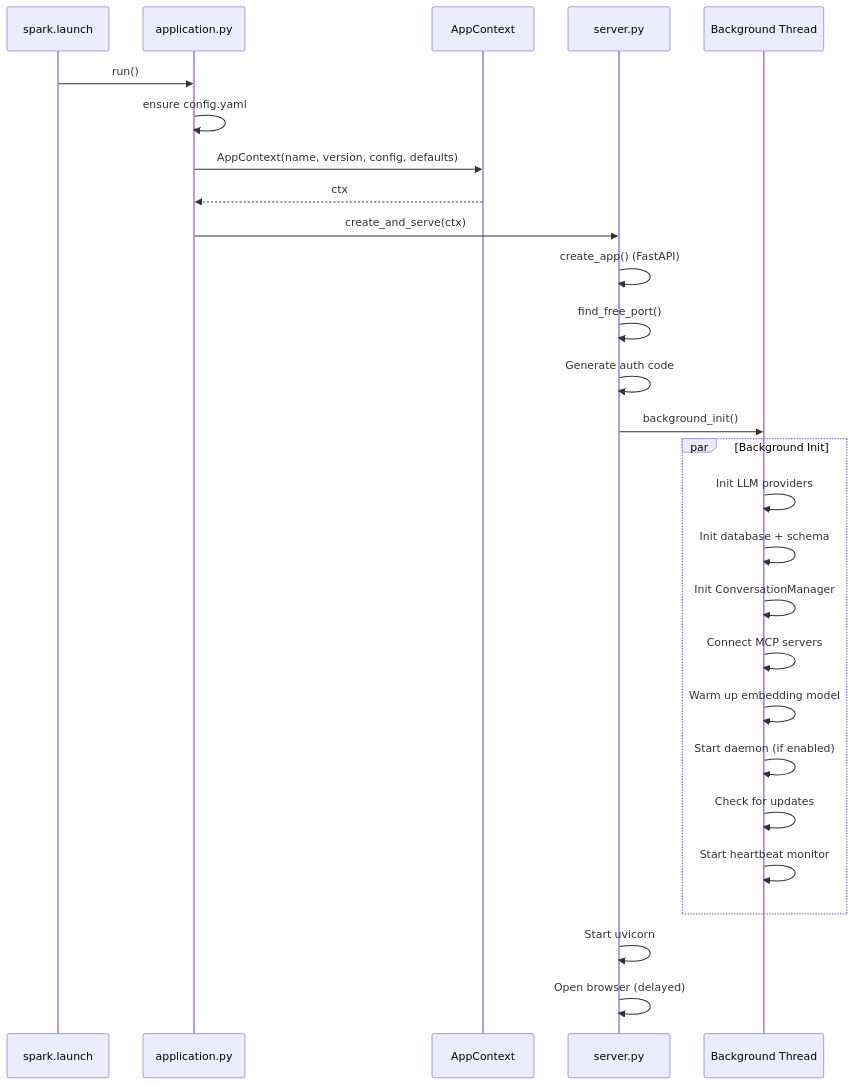
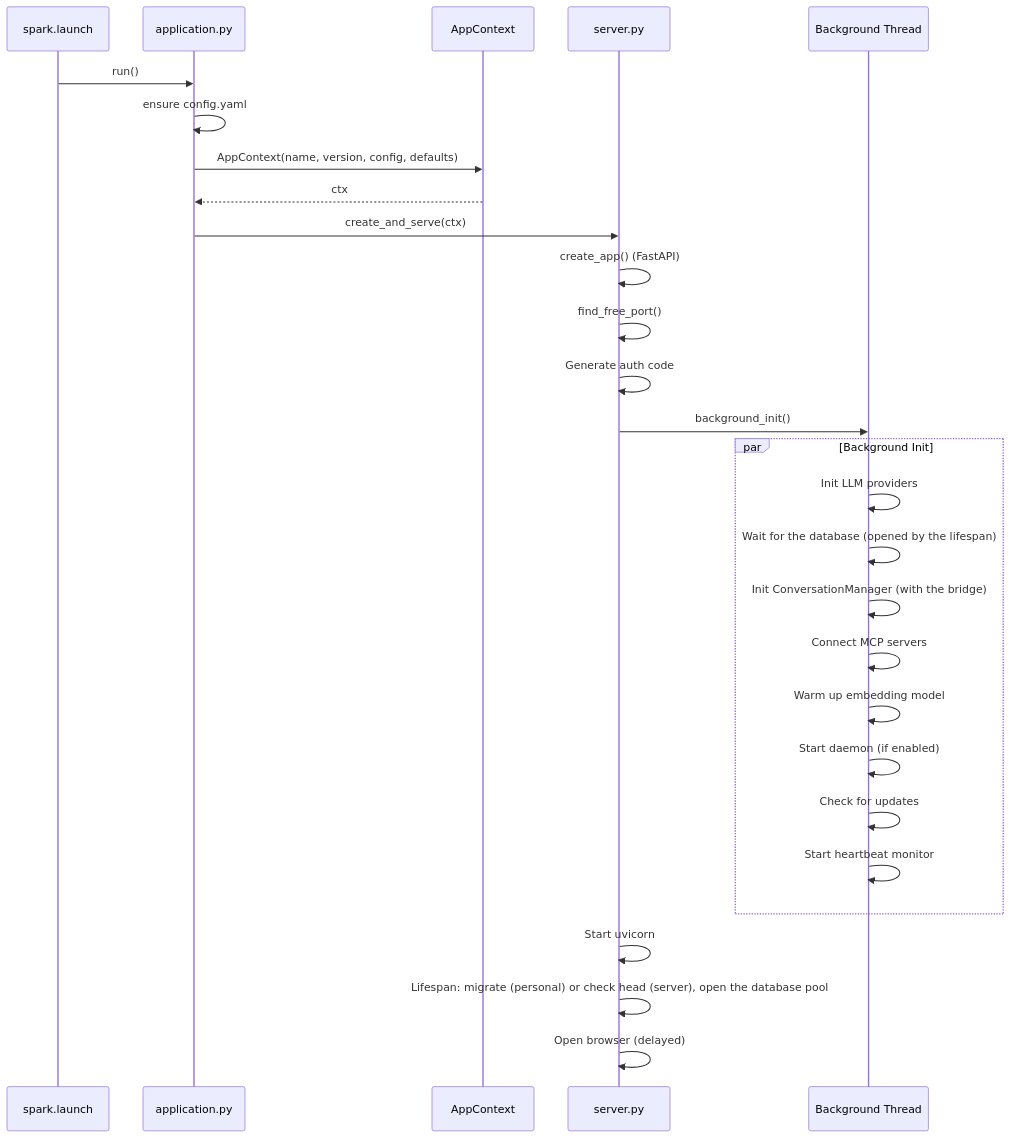
One commit to Cognisn/spark changed the third of 5 diagrams in docs/architecture.md. Above: the diagram before and after it, drawn with Mermaid. The commit also changed other lines of this file and 5 other files, not shown here.

````diff
--- a/docs/architecture.md
+++ b/docs/architecture.md
@@ -234,32 +234,33 @@
 ```mermaid
 sequenceDiagram
     participant Entry as spark.launch
     participant App as application.py
     participant Konfig as AppContext
     participant Server as server.py
     participant BG as Background Thread
 
     Entry->>App: run()
     App->>App: ensure config.yaml
     App->>Konfig: AppContext(name, version, config, defaults)
     Konfig-->>App: ctx
     App->>Server: create_and_serve(ctx)
     Server->>Server: create_app() (FastAPI)
     Server->>Server: find_free_port()
     Server->>Server: Generate auth code
     Server->>BG: background_init()
 
     par Background Init
         BG->>BG: Init LLM providers
-        BG->>BG: Init database + schema
-        BG->>BG: Init ConversationManager
+        BG->>BG: Wait for the database (opened by the lifespan)
+        BG->>BG: Init ConversationManager (with the bridge)
         BG->>BG: Connect MCP servers
         BG->>BG: Warm up embedding model
         BG->>BG: Start daemon (if enabled)
         BG->>BG: Check for updates
         BG->>BG: Start heartbeat monitor
     end
 
     Server->>Server: Start uvicorn
+    Server->>Server: Lifespan: migrate (personal) or check head (server), open the database pool
     Server->>Server: Open browser (delayed)
 ```
````
